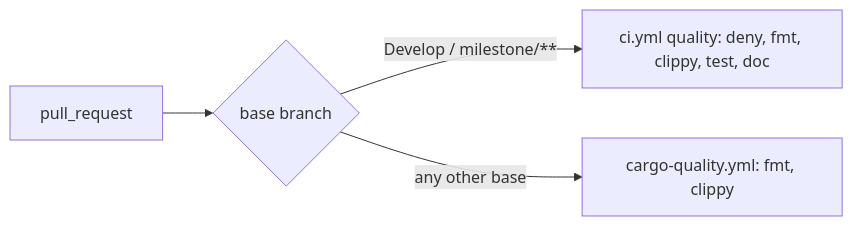
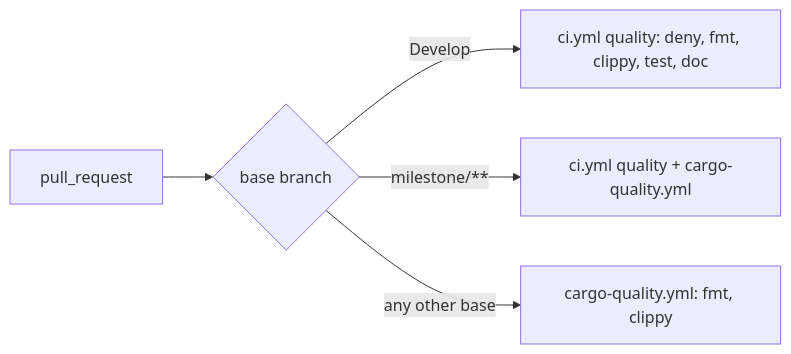
One commit to stSoftwareAU/NEAT-AI-Ockham changed the diagram in docs/archive/pr-summaries/pr-summary-243.md. Above: the diagram before and after it, drawn with Mermaid. The commit also changed other lines of this file and 2 other files, not shown here.

First line of the commit message:
Keep milestone PRs in cargo-quality.yml; ignore only Develop (Issue #243)

````diff
--- a/docs/archive/pr-summaries/pr-summary-243.md
+++ b/docs/archive/pr-summaries/pr-summary-243.md
@@ -21,6 +35,7 @@
 ```mermaid
 flowchart LR
     PR[pull_request] --> B{base branch}
-    B -->|Develop / milestone/**| CI[ci.yml quality: deny, fmt, clippy, test, doc]
+    B -->|Develop| CI[ci.yml quality: deny, fmt, clippy, test, doc]
+    B -->|milestone/**| BOTH[ci.yml quality + cargo-quality.yml]
     B -->|any other base| CQ[cargo-quality.yml: fmt, clippy]
 ```
````
